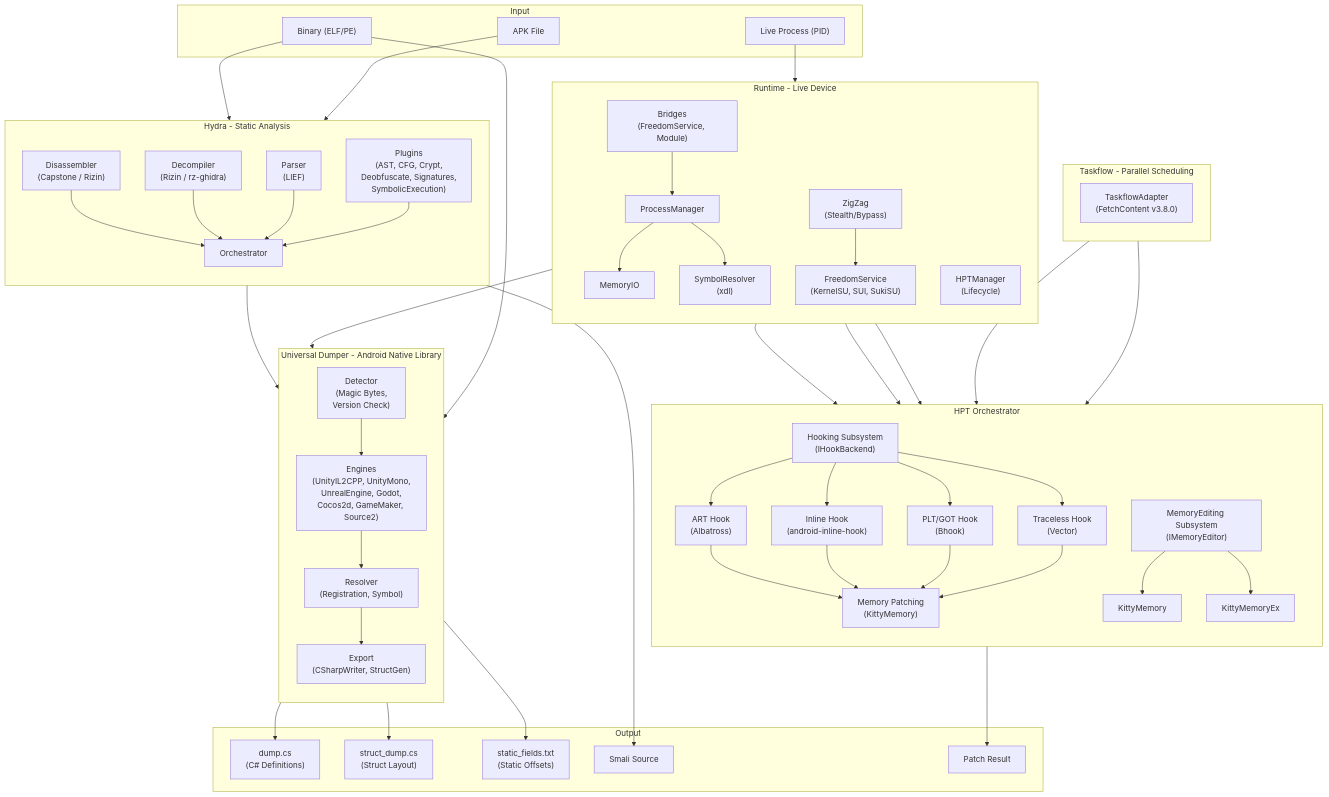
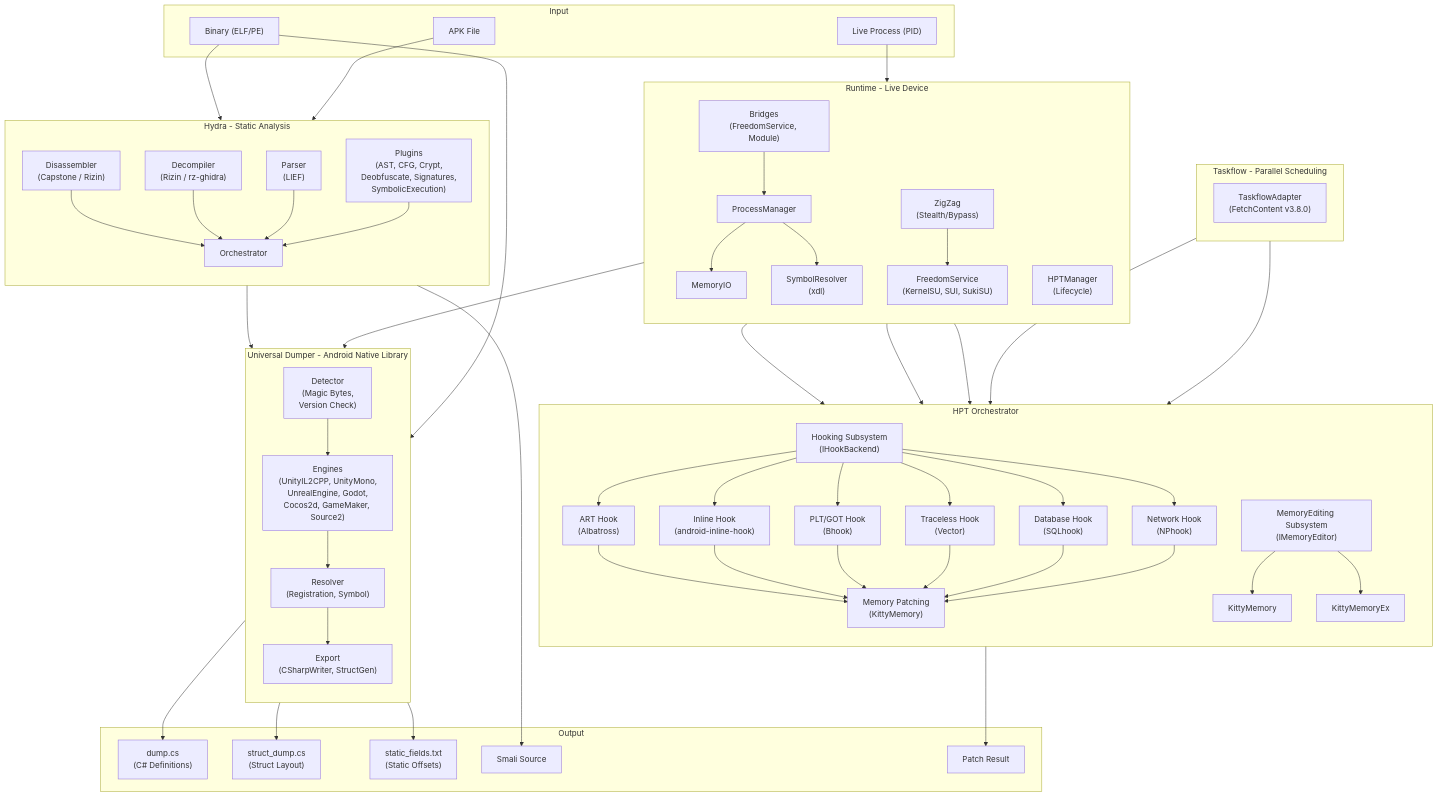
The first of 2 diagrams in README_EN.md (CicakDroid/OmniByte), drawn with Mermaid before and after one commit. The commit also changed other lines of this file and 4 other files, not shown here.

Commit message:
docs: update all READMEs with DatabaseHook & NPHook in diagrams + collapsible

```diff
--- a/README_EN.md
+++ b/README_EN.md
@@ -187,10 +198,14 @@
         HK_MOD --> HK_INL["Inline Hook\n(android-inline-hook)"]
         HK_MOD --> HK_PLT["PLT/GOT Hook\n(Bhook)"]
         HK_MOD --> HK_TLS["Traceless Hook\n(Vector)"]
+        HK_MOD --> HK_DB["Database Hook\n(SQLhook)"]
+        HK_MOD --> HK_NP["Network Hook\n(NPhook)"]
         HK_ART --> HK_MEM["Memory Patching\n(KittyMemory)"]
         HK_INL --> HK_MEM
         HK_PLT --> HK_MEM
         HK_TLS --> HK_MEM
+        HK_DB --> HK_MEM
+        HK_NP --> HK_MEM
         ME_MOD --> ME_KIT["KittyMemory"]
         ME_MOD --> ME_KITX["KittyMemoryEx"]
     end
```
